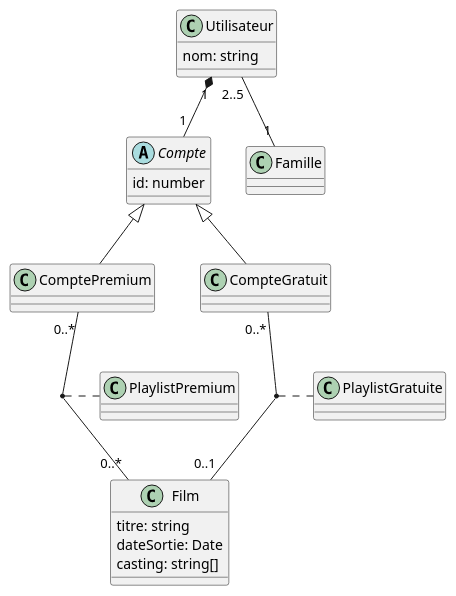
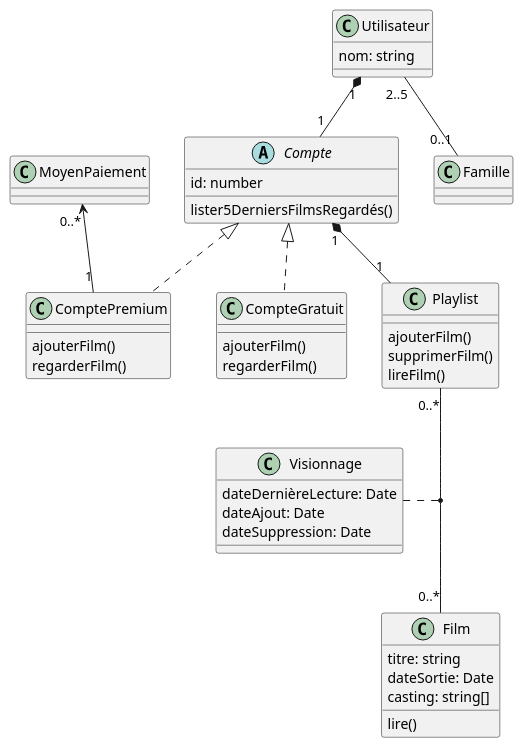
Before and after one commit to sebcourtois/cda-exos-uml-diagrams: the diagram in class_diagrams/12_service_streaming.puml, drawn with PlantUML. The commit also changed other lines of this file, not shown here.

Commit message:
12_service_streaming: done

```diff
--- a/class_diagrams/12_service_streaming.puml
+++ b/class_diagrams/12_service_streaming.puml
@@ -23,32 +28,49 @@
 @startuml
 
 class Utilisateur {
     nom: string
 }
 abstract class Compte {
     id: number
+    lister5DerniersFilmsRegardés()
+
 }
-class ComptePremium
-class CompteGratuit
+class ComptePremium {
+    ajouterFilm()
+    regarderFilm()
+}
+class CompteGratuit {
+    ajouterFilm()
+    regarderFilm()
+}
 class Film {
     titre: string
     dateSortie: Date
     casting: string[]
+    lire()
 }
-class PlaylistPremium
-class PlaylistGratuite
+class Playlist {
+    ajouterFilm()
+    supprimerFilm()
+    lireFilm()
+}
+class Visionnage {
+    dateDernièreLecture: Date
+    dateAjout: Date
+    dateSuppression: Date
+}
 
 class Famille
+class MoyenPaiement
 
-Compte <|-- ComptePremium
-Compte <|-- CompteGratuit
+Compte <|.. ComptePremium
+Compte <|.. CompteGratuit
 
 Utilisateur "1" *-- "1" Compte
-Utilisateur "2..5" -- "1" Famille
-
-CompteGratuit "0..*" -- "0..1" Film
-ComptePremium "0..*" -- "0..*" Film
-(CompteGratuit, Film) . PlaylistGratuite
-(ComptePremium, Film) . PlaylistPremium
+Utilisateur "2..5" -- "0..1" Famille
+Compte "1" *-- "1" Playlist
+Playlist "0..*" -- "0..*" Film
+Visionnage . (Playlist, Film)
+MoyenPaiement "0..*" <-- "1" ComptePremium
 
 @enduml
```
